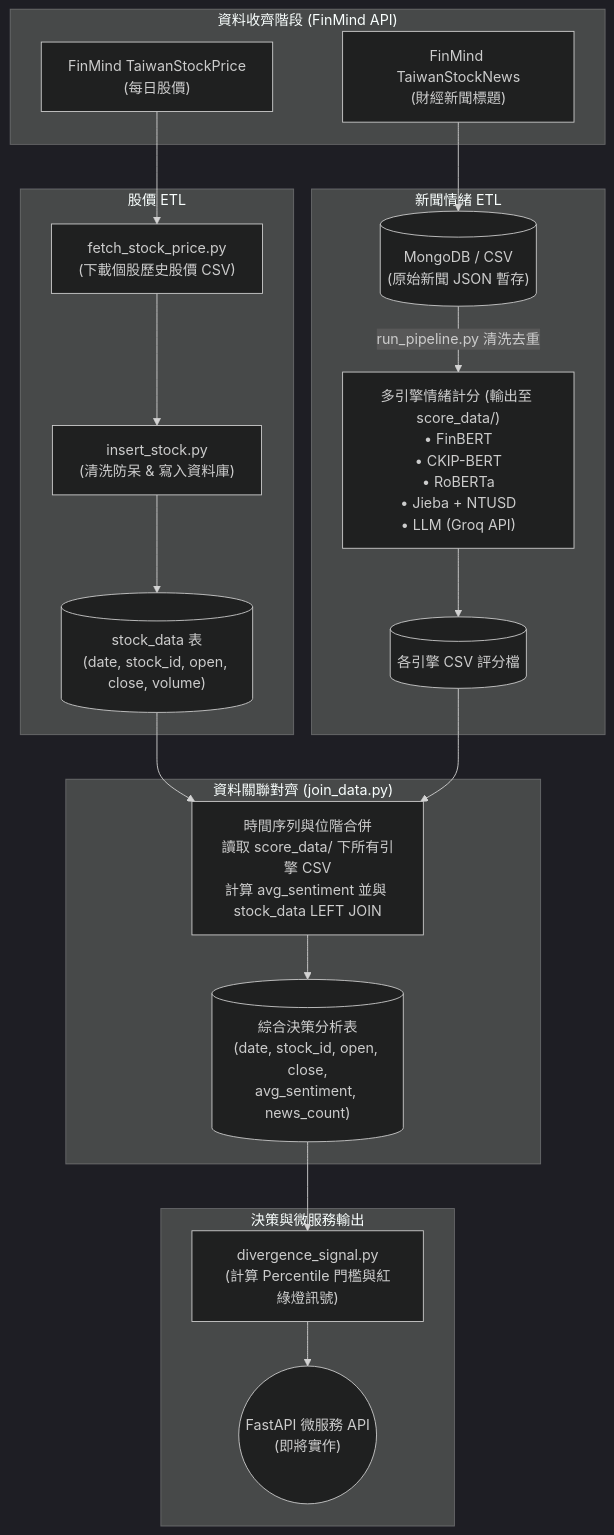
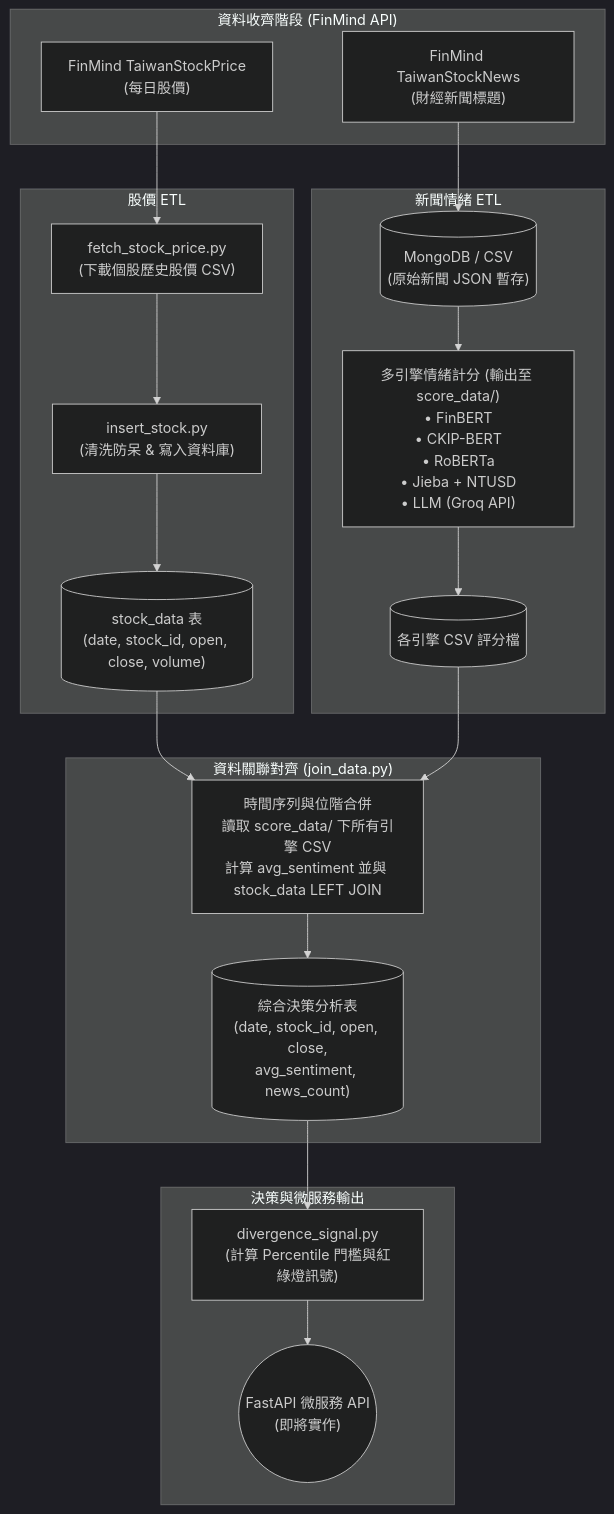
One commit to FinMood/Stock-Market-Sentiment-Analysis-System changed the diagram in README.md. Above: the diagram before and after it, drawn with Mermaid (dark theme).

Commit message:
Update README.md
README.md 流程圖run_pipline 移除

````diff
--- a/README.md
+++ b/README.md
@@ -136,43 +136,43 @@
 ```mermaid
 graph TD
     subgraph Source["資料收齊階段 (FinMind API)"]
         A["FinMind TaiwanStockNews\n(財經新聞標題)"]
         B["FinMind TaiwanStockPrice\n(每日股價)"]
     end
 
     subgraph Stock_ETL["股價 ETL"]
         B1["fetch_stock_price.py\n(下載個股歷史股價 CSV)"]
         B2["insert_stock.py\n(清洗防呆 & 寫入資料庫)"]
         B3[("stock_data 表\n(date, stock_id, open, close, volume)")]
     end
 
     subgraph News_ETL["新聞情緒 ETL"]
         C[("MongoDB / CSV\n(原始新聞 JSON 暫存)")]
         D["多引擎情緒計分 (輸出至 score_data/)\n• FinBERT\n• CKIP-BERT\n• RoBERTa\n• Jieba + NTUSD\n• LLM (Groq API)"]
         E[("各引擎 CSV 評分檔")]
     end
 
     subgraph Integration["資料關聯對齊 (join_data.py)"]
         F["時間序列與位階合併\n讀取 score_data/ 下所有引擎 CSV\n計算 avg_sentiment 並與 stock_data LEFT JOIN"]
         G[("綜合決策分析表\n(date, stock_id, open, close,\navg_sentiment, news_count)")]
     end
 
     subgraph Signal_Module["決策與微服務輸出"]
         H["divergence_signal.py\n(計算 Percentile 門檻與紅綠燈訊號)"]
         I(("FastAPI 微服務 API\n(即將實作)"))
     end
 
     A --> C
     B --> B1
     B1 --> B2
     B2 --> B3
 
-    C -->|run_pipeline.py 清洗去重| D
+    C --> D
     D --> E
 
     B3 --> F
     E --> F
     F --> G
     G --> H
     H --> I
 ```
````
